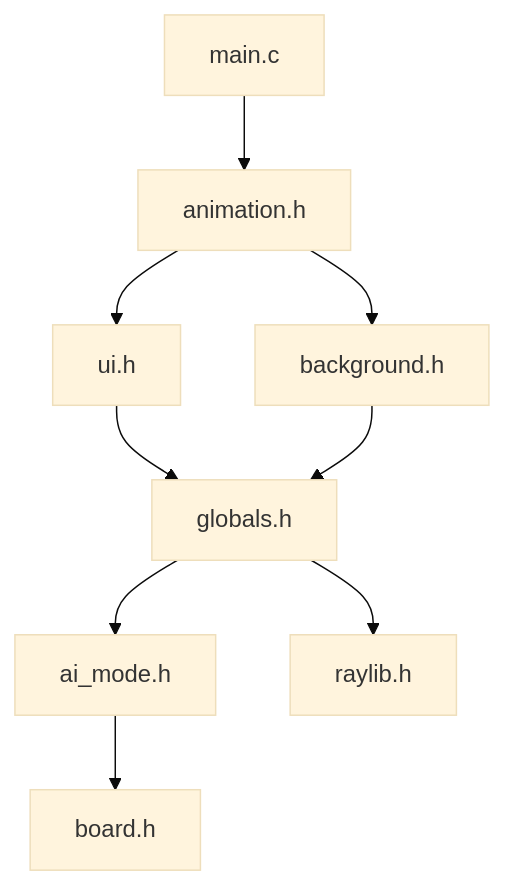
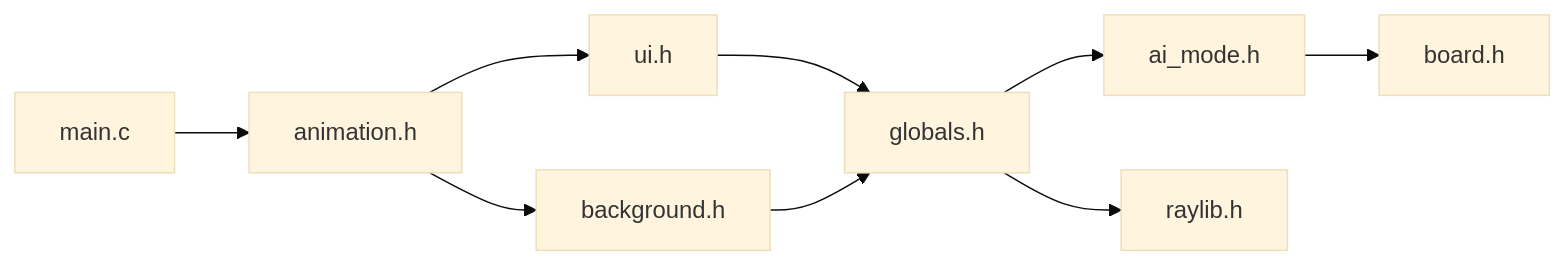
Before and after one commit to dream109ever/2048_animation_and_auto_algorithm: the diagram in README.md, drawn with Mermaid (base theme). The commit also changed other lines of this file, not shown here.

````diff
--- a/README.md
+++ b/README.md
@@ -6,11 +32,11 @@
 ```mermaid
-graph TD
+graph LR
     main.c --> animation.h
     animation.h --> ui.h
     animation.h --> background.h
     ui.h --> globals.h
     background.h --> globals.h
     globals.h --> ai_mode.h
     globals.h --> raylib.h
     ai_mode.h --> board.h
 ```
````
